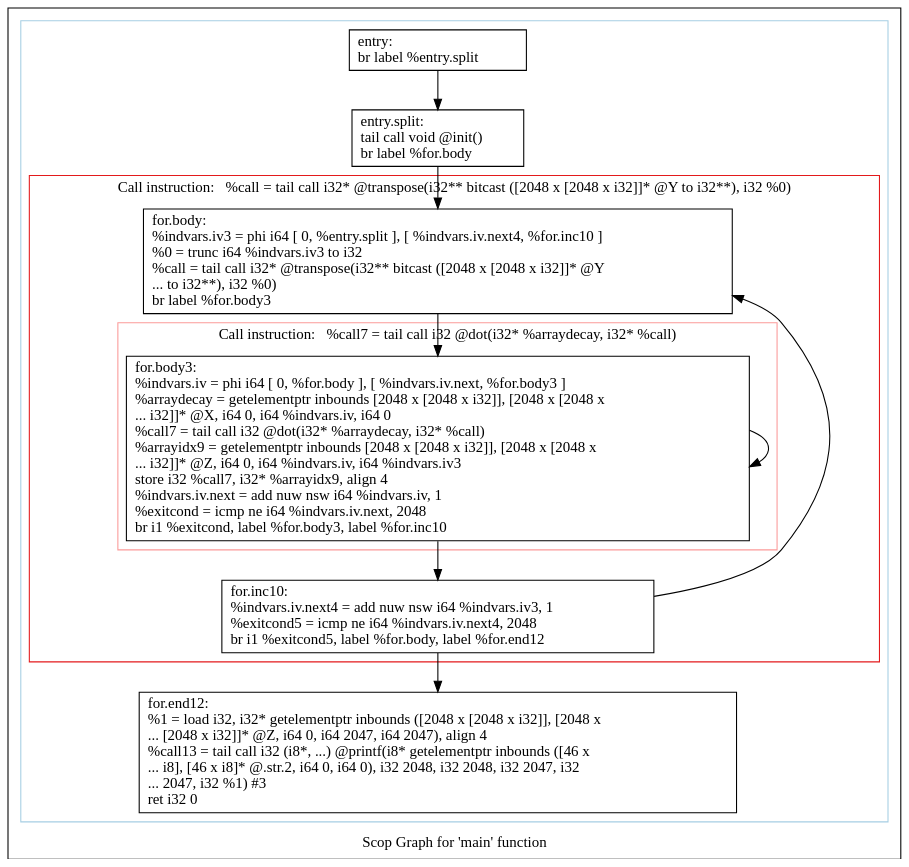
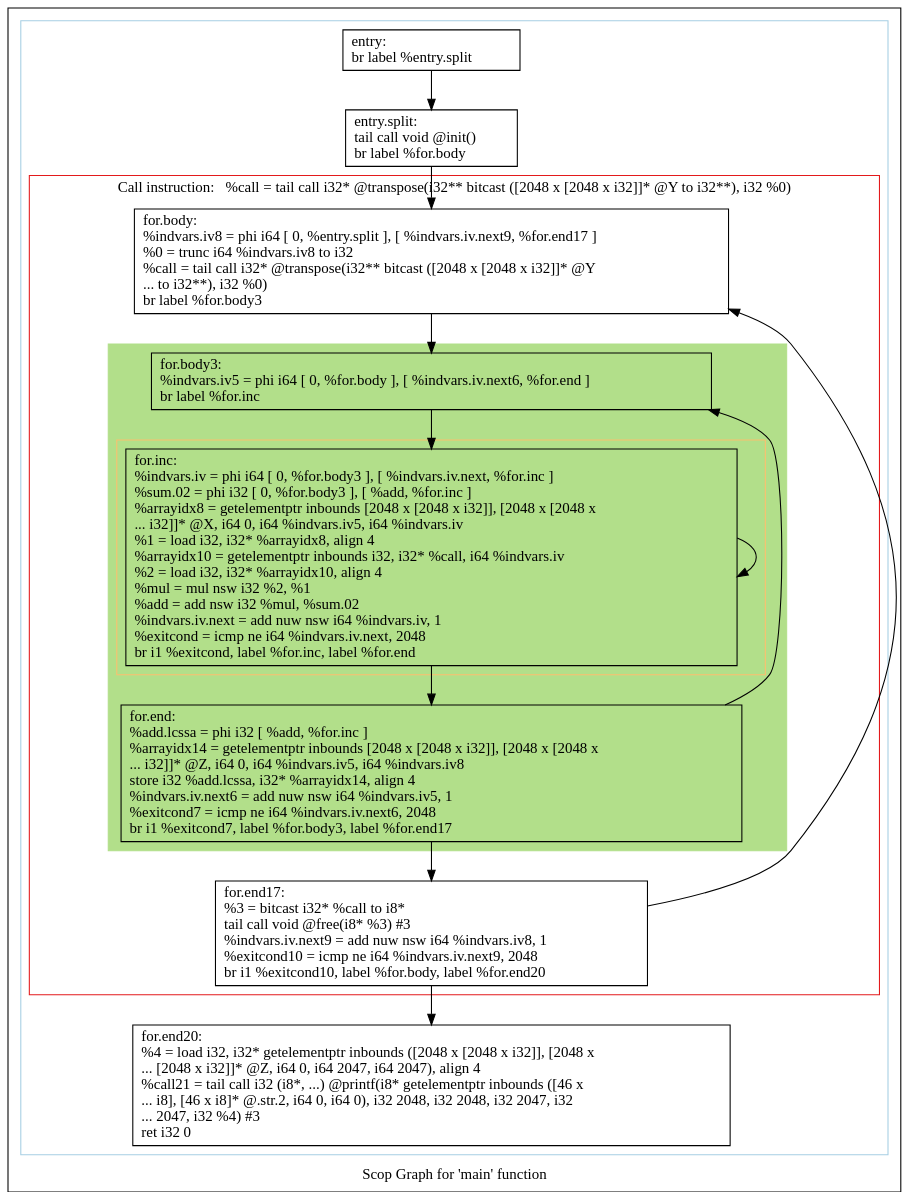
One commit to samminweng/WhileyOpenCL changed the diagram in polly/MatrixMult/impl/handwritten3/dot/scops.main.dot. Above: the diagram before and after it, drawn with Graphviz. The commit also changed 19 other files, not shown here.

```diff
--- a/polly/MatrixMult/impl/handwritten3/dot/scops.main.dot
+++ b/polly/MatrixMult/impl/handwritten3/dot/scops.main.dot
@@ -1,39 +1,50 @@
 digraph "Scop Graph for 'main' function" {
 	label="Scop Graph for 'main' function";
 
-	Node0x520f650 [shape=record,label="{entry:\l  br label %entry.split\l}"];
-	Node0x520f650 -> Node0x521b890;
-	Node0x521b890 [shape=record,label="{entry.split:                                      \l  tail call void @init()\l  br label %for.body\l}"];
-	Node0x521b890 -> Node0x520ef80;
-	Node0x520ef80 [shape=record,label="{for.body:                                         \l  %indvars.iv3 = phi i64 [ 0, %entry.split ], [ %indvars.iv.next4, %for.inc10 ]\l  %0 = trunc i64 %indvars.iv3 to i32\l  %call = tail call i32* @transpose(i32** bitcast ([2048 x [2048 x i32]]* @Y\l... to i32**), i32 %0)\l  br label %for.body3\l}"];
-	Node0x520ef80 -> Node0x521b6e0;
-	Node0x521b6e0 [shape=record,label="{for.body3:                                        \l  %indvars.iv = phi i64 [ 0, %for.body ], [ %indvars.iv.next, %for.body3 ]\l  %arraydecay = getelementptr inbounds [2048 x [2048 x i32]], [2048 x [2048 x\l... i32]]* @X, i64 0, i64 %indvars.iv, i64 0\l  %call7 = tail call i32 @dot(i32* %arraydecay, i32* %call)\l  %arrayidx9 = getelementptr inbounds [2048 x [2048 x i32]], [2048 x [2048 x\l... i32]]* @Z, i64 0, i64 %indvars.iv, i64 %indvars.iv3\l  store i32 %call7, i32* %arrayidx9, align 4\l  %indvars.iv.next = add nuw nsw i64 %indvars.iv, 1\l  %exitcond = icmp ne i64 %indvars.iv.next, 2048\l  br i1 %exitcond, label %for.body3, label %for.inc10\l}"];
-	Node0x521b6e0 -> Node0x521b6e0[constraint=false];
-	Node0x521b6e0 -> Node0x521f5c0;
-	Node0x521f5c0 [shape=record,label="{for.inc10:                                        \l  %indvars.iv.next4 = add nuw nsw i64 %indvars.iv3, 1\l  %exitcond5 = icmp ne i64 %indvars.iv.next4, 2048\l  br i1 %exitcond5, label %for.body, label %for.end12\l}"];
-	Node0x521f5c0 -> Node0x520ef80[constraint=false];
-	Node0x521f5c0 -> Node0x521f620;
-	Node0x521f620 [shape=record,label="{for.end12:                                        \l  %1 = load i32, i32* getelementptr inbounds ([2048 x [2048 x i32]], [2048 x\l... [2048 x i32]]* @Z, i64 0, i64 2047, i64 2047), align 4\l  %call13 = tail call i32 (i8*, ...) @printf(i8* getelementptr inbounds ([46 x\l... i8], [46 x i8]* @.str.2, i64 0, i64 0), i32 2048, i32 2048, i32 2047, i32\l... 2047, i32 %1) #3\l  ret i32 0\l}"];
+	Node0x4dc5480 [shape=record,label="{entry:\l  br label %entry.split\l}"];
+	Node0x4dc5480 -> Node0x4de9140;
+	Node0x4de9140 [shape=record,label="{entry.split:                                      \l  tail call void @init()\l  br label %for.body\l}"];
+	Node0x4de9140 -> Node0x4dea890;
+	Node0x4dea890 [shape=record,label="{for.body:                                         \l  %indvars.iv8 = phi i64 [ 0, %entry.split ], [ %indvars.iv.next9, %for.end17 ]\l  %0 = trunc i64 %indvars.iv8 to i32\l  %call = tail call i32* @transpose(i32** bitcast ([2048 x [2048 x i32]]* @Y\l... to i32**), i32 %0)\l  br label %for.body3\l}"];
+	Node0x4dea890 -> Node0x4deece0;
+	Node0x4deece0 [shape=record,label="{for.body3:                                        \l  %indvars.iv5 = phi i64 [ 0, %for.body ], [ %indvars.iv.next6, %for.end ]\l  br label %for.inc\l}"];
+	Node0x4deece0 -> Node0x4def6b0;
+	Node0x4def6b0 [shape=record,label="{for.inc:                                          \l  %indvars.iv = phi i64 [ 0, %for.body3 ], [ %indvars.iv.next, %for.inc ]\l  %sum.02 = phi i32 [ 0, %for.body3 ], [ %add, %for.inc ]\l  %arrayidx8 = getelementptr inbounds [2048 x [2048 x i32]], [2048 x [2048 x\l... i32]]* @X, i64 0, i64 %indvars.iv5, i64 %indvars.iv\l  %1 = load i32, i32* %arrayidx8, align 4\l  %arrayidx10 = getelementptr inbounds i32, i32* %call, i64 %indvars.iv\l  %2 = load i32, i32* %arrayidx10, align 4\l  %mul = mul nsw i32 %2, %1\l  %add = add nsw i32 %mul, %sum.02\l  %indvars.iv.next = add nuw nsw i64 %indvars.iv, 1\l  %exitcond = icmp ne i64 %indvars.iv.next, 2048\l  br i1 %exitcond, label %for.inc, label %for.end\l}"];
+	Node0x4def6b0 -> Node0x4def6b0[constraint=false];
+	Node0x4def6b0 -> Node0x4def320;
+	Node0x4def320 [shape=record,label="{for.end:                                          \l  %add.lcssa = phi i32 [ %add, %for.inc ]\l  %arrayidx14 = getelementptr inbounds [2048 x [2048 x i32]], [2048 x [2048 x\l... i32]]* @Z, i64 0, i64 %indvars.iv5, i64 %indvars.iv8\l  store i32 %add.lcssa, i32* %arrayidx14, align 4\l  %indvars.iv.next6 = add nuw nsw i64 %indvars.iv5, 1\l  %exitcond7 = icmp ne i64 %indvars.iv.next6, 2048\l  br i1 %exitcond7, label %for.body3, label %for.end17\l}"];
+	Node0x4def320 -> Node0x4deece0[constraint=false];
+	Node0x4def320 -> Node0x4def160;
+	Node0x4def160 [shape=record,label="{for.end17:                                        \l  %3 = bitcast i32* %call to i8*\l  tail call void @free(i8* %3) #3\l  %indvars.iv.next9 = add nuw nsw i64 %indvars.iv8, 1\l  %exitcond10 = icmp ne i64 %indvars.iv.next9, 2048\l  br i1 %exitcond10, label %for.body, label %for.end20\l}"];
+	Node0x4def160 -> Node0x4dea890[constraint=false];
+	Node0x4def160 -> Node0x4deebe0;
+	Node0x4deebe0 [shape=record,label="{for.end20:                                        \l  %4 = load i32, i32* getelementptr inbounds ([2048 x [2048 x i32]], [2048 x\l... [2048 x i32]]* @Z, i64 0, i64 2047, i64 2047), align 4\l  %call21 = tail call i32 (i8*, ...) @printf(i8* getelementptr inbounds ([46 x\l... i8], [46 x i8]* @.str.2, i64 0, i64 0), i32 2048, i32 2048, i32 2047, i32\l... 2047, i32 %4) #3\l  ret i32 0\l}"];
 	colorscheme = "paired12"
-        subgraph cluster_0x521b640 {
+        subgraph cluster_0x4deba80 {
           label = "";
           style = solid;
           color = 1
-          subgraph cluster_0x520ee60 {
+          subgraph cluster_0x4deb160 {
             label = "Call instruction:   %call = tail call i32* @transpose(i32** bitcast ([2048 x [2048 x i32]]* @Y to i32**), i32 %0)";
             style = solid;
             color = 6
-            subgraph cluster_0x520ede0 {
-              label = "Call instruction:   %call7 = tail call i32 @dot(i32* %arraydecay, i32* %call)";
-              style = solid;
-              color = 5
-              Node0x521b6e0;
+            subgraph cluster_0x4def340 {
+              label = "";
+              style = filled;
+              color = 3              subgraph cluster_0x4deb0e0 {
+                label = "";
+                style = solid;
+                color = 7
+                Node0x4def6b0;
+              }
+              Node0x4deece0;
+              Node0x4def320;
             }
-            Node0x520ef80;
-            Node0x521f5c0;
+            Node0x4dea890;
+            Node0x4def160;
           }
-          Node0x520f650;
-          Node0x521b890;
-          Node0x521f620;
+          Node0x4dc5480;
+          Node0x4de9140;
+          Node0x4deebe0;
         }
 }
```
